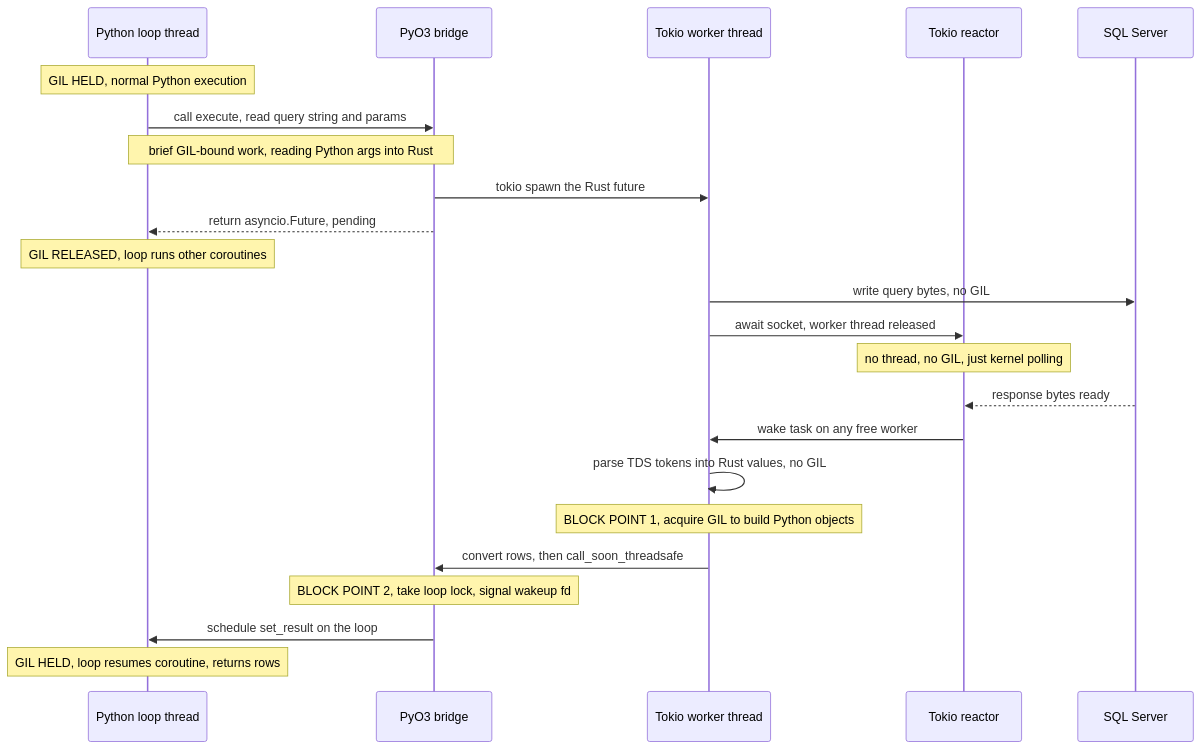
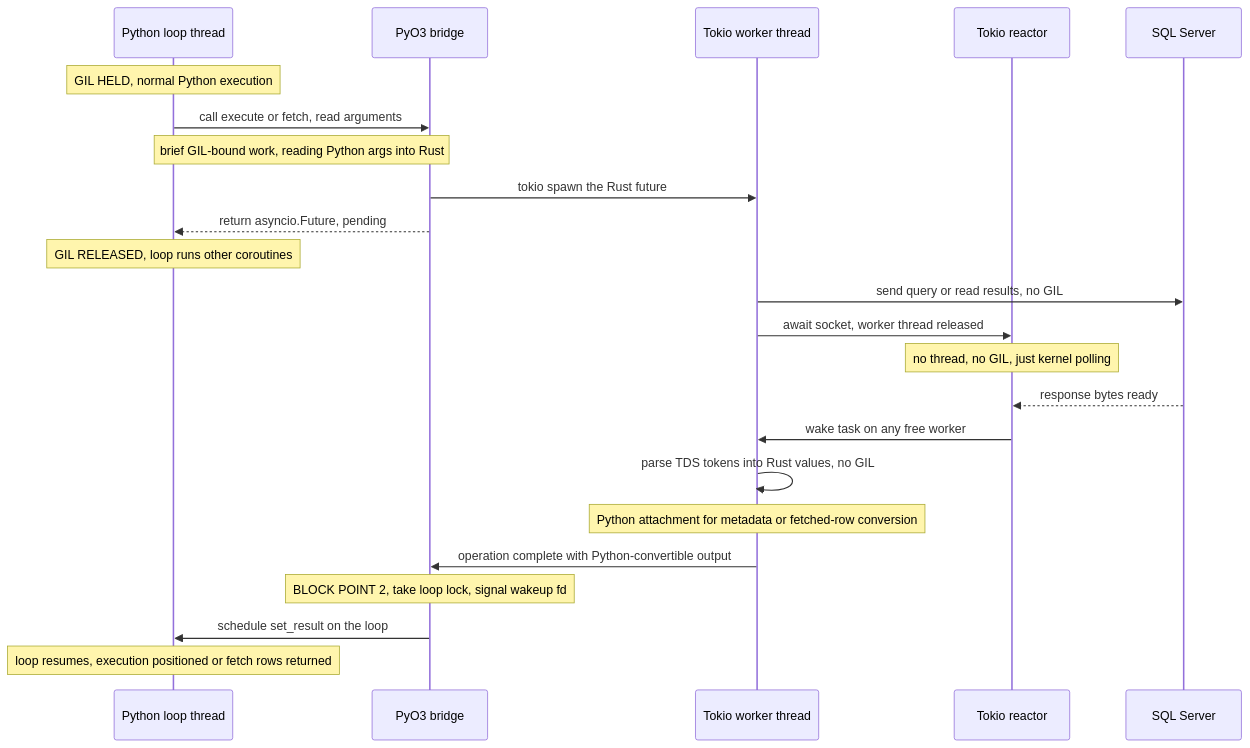
Before and after one commit to microsoft/mssql-rs: the ninth of 16 diagrams in docs/async-execution-design.md, drawn with Mermaid. The commit also changed other lines of this file and 1 other file, not shown here.

Commit message:
Correct async architecture documentation and API examples

````diff
--- a/docs/async-execution-design.md
+++ b/docs/async-execution-design.md
@@ -551,26 +599,26 @@
 ```mermaid
 sequenceDiagram
     participant PL as Python loop thread
     participant BR as PyO3 bridge
     participant TW as Tokio worker thread
     participant RE as Tokio reactor
     participant SQL as SQL Server
 
     Note over PL: GIL HELD, normal Python execution
-    PL->>BR: call execute, read query string and params
+    PL->>BR: call execute or fetch, read arguments
     Note over PL,BR: brief GIL-bound work, reading Python args into Rust
     BR->>TW: tokio spawn the Rust future
     BR-->>PL: return asyncio.Future, pending
     Note over PL: GIL RELEASED, loop runs other coroutines
-    TW->>SQL: write query bytes, no GIL
+    TW->>SQL: send query or read results, no GIL
     TW->>RE: await socket, worker thread released
     Note over RE: no thread, no GIL, just kernel polling
     SQL-->>RE: response bytes ready
     RE->>TW: wake task on any free worker
     TW->>TW: parse TDS tokens into Rust values, no GIL
-    Note over TW: BLOCK POINT 1, acquire GIL to build Python objects
-    TW->>BR: convert rows, then call_soon_threadsafe
+    Note over TW: Python attachment for metadata or fetched-row conversion
+    TW->>BR: operation complete with Python-convertible output
     Note over BR: BLOCK POINT 2, take loop lock, signal wakeup fd
     BR->>PL: schedule set_result on the loop
-    Note over PL: GIL HELD, loop resumes coroutine, returns rows
+    Note over PL: loop resumes, execution positioned or fetch rows returned
 ```
````
